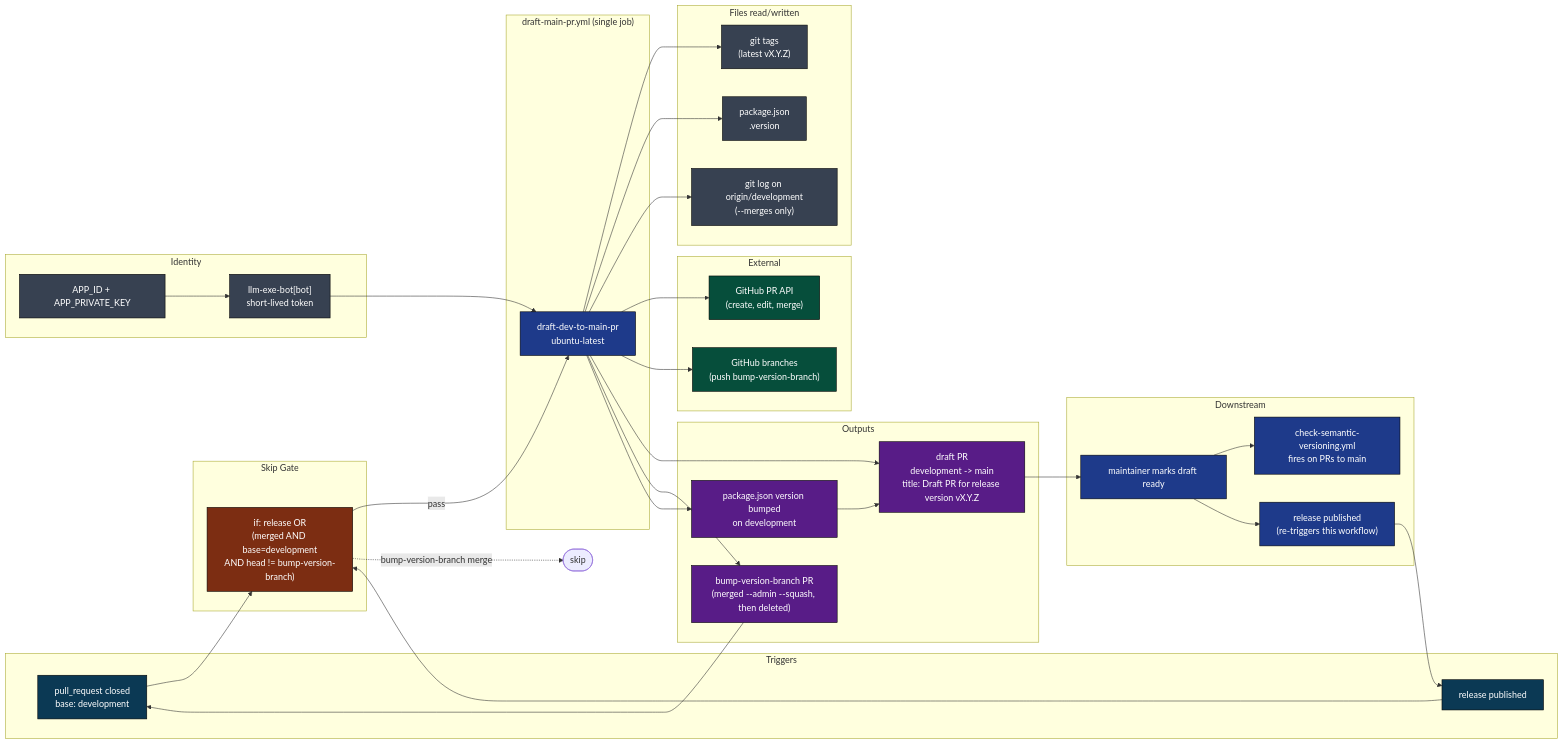
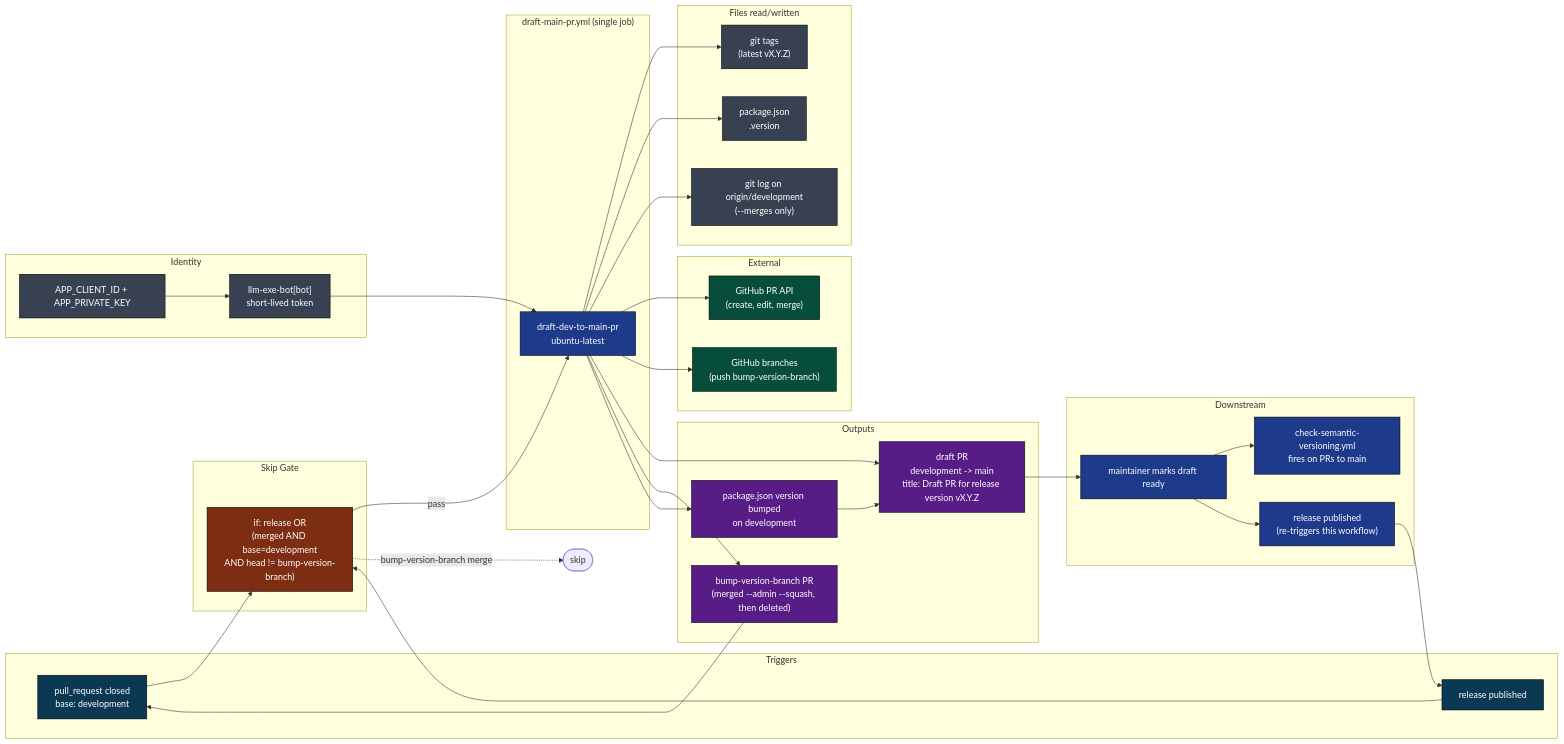
Before and after one commit to llm-exe/llm-exe: the first of 13 diagrams in .github/docs/DRAFT_MAIN_PR_DEEP_DIVE.md, drawn with Mermaid. The commit also changed other lines of this file and 13 other files, not shown here.

Commit message:
fix: update references from APP_ID to APP_CLIENT_ID in documentation

````diff
--- a/.github/docs/DRAFT_MAIN_PR_DEEP_DIVE.md
+++ b/.github/docs/DRAFT_MAIN_PR_DEEP_DIVE.md
@@ -29,71 +29,71 @@
 ```mermaid
 flowchart LR
     classDef trig fill:#0b3954,color:#fff,stroke:#000
     classDef gate fill:#7c2d12,color:#fff,stroke:#000
     classDef job fill:#1e3a8a,color:#fff,stroke:#000
     classDef ext fill:#064e3b,color:#fff,stroke:#000
     classDef file fill:#374151,color:#fff,stroke:#000
     classDef out fill:#581c87,color:#fff,stroke:#000
 
     subgraph T["Triggers"]
         t1["pull_request closed\nbase: development"]:::trig
         t2["release published"]:::trig
     end
 
     subgraph G["Skip Gate"]
         sk["if: release OR\n(merged AND base=development\nAND head != bump-version-branch)"]:::gate
     end
 
     subgraph J["draft-main-pr.yml (single job)"]
         Jb["draft-dev-to-main-pr\nubuntu-latest"]:::job
     end
 
     subgraph S["Identity"]
-        s1["APP_ID + APP_PRIVATE_KEY"]:::file
+        s1["APP_CLIENT_ID + APP_PRIVATE_KEY"]:::file
         bot["llm-exe-bot[bot]\nshort-lived token"]:::file
     end
 
     subgraph F["Files read/written"]
         tags["git tags\n(latest vX.Y.Z)"]:::file
         pkg["package.json\n.version"]:::file
         merges["git log on origin/development\n(--merges only)"]:::file
     end
 
     subgraph X["External"]
         ghpr["GitHub PR API\n(create, edit, merge)"]:::ext
         ghbr["GitHub branches\n(push bump-version-branch)"]:::ext
     end
 
     subgraph O["Outputs"]
         o1["draft PR\ndevelopment -&gt; main\ntitle: Draft PR for release version vX.Y.Z"]:::out
         o2["bump-version-branch PR\n(merged --admin --squash, then deleted)"]:::out
         o3["package.json version bumped\non development"]:::out
     end
 
     subgraph D["Downstream"]
         d1["maintainer marks draft ready"]:::job
         d2["check-semantic-versioning.yml\nfires on PRs to main"]:::job
         d3["release published\n(re-triggers this workflow)"]:::job
     end
 
     t1 --> sk
     t2 --> sk
     sk -->|pass| Jb
     sk -.->|bump-version-branch merge| skip(["skip"])
     s1 --> bot
     bot --> Jb
     Jb --> tags
     Jb --> pkg
     Jb --> merges
     Jb --> ghpr
     Jb --> ghbr
     Jb --> o1
     Jb --> o2
     Jb --> o3
     o2 --> t1
     o3 --> o1
     o1 --> d1
     d1 --> d2
     d1 --> d3
     d3 --> t2
 ```
````
